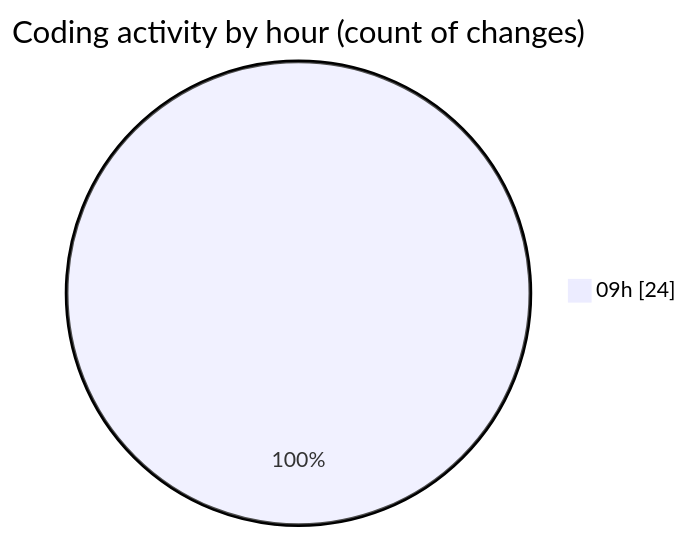
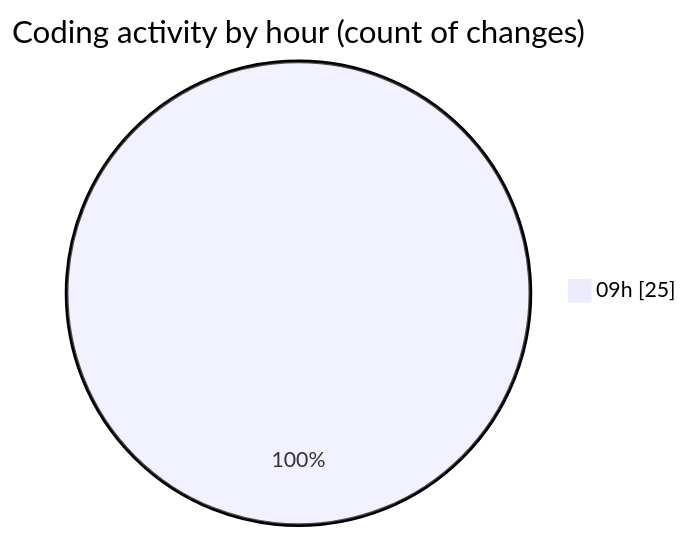
One commit to momahboobian/code-tracking changed the second of 2 diagrams in 2025-08-19/cda/README.md. Above: the diagram before and after it, drawn with Mermaid. The commit also changed other lines of this file and 1 other file, not shown here.

````diff
--- a/2025-08-19/cda/README.md
+++ b/2025-08-19/cda/README.md
@@ -33,5 +33,5 @@
 ```mermaid
 pie showData
 title Coding activity by hour (count of changes)
-"09h" : 24
+"09h" : 25
 ```
````
